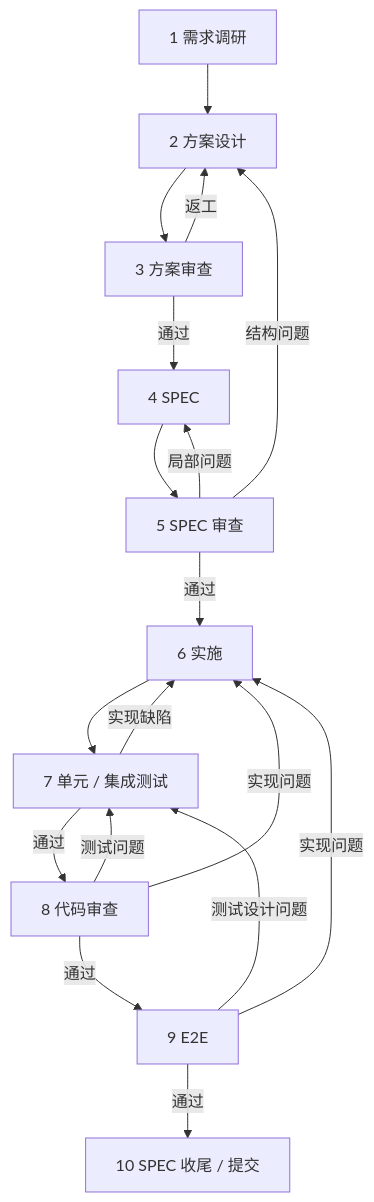
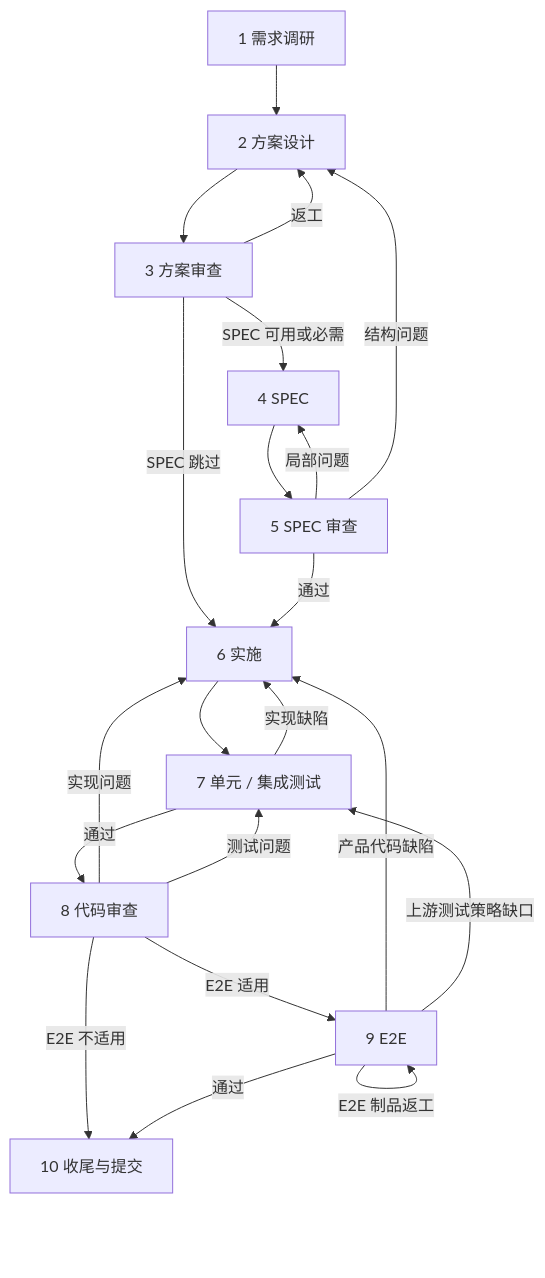
The second of 3 diagrams in README.md (liyangink/team-work-runtime), drawn with Mermaid before and after one commit. The commit also changed other lines of this file and 39 other files, not shown here.

````diff
--- a/README.md
+++ b/README.md
@@ -136,20 +139,23 @@
 ```mermaid
 flowchart TB
   R["1 需求调研"] --> D["2 方案设计"]
   D --> DR["3 方案审查"]
   DR -- "返工" --> D
-  DR -- "通过" --> S["4 SPEC"]
+  DR -- "SPEC 可用或必需" --> S["4 SPEC"]
+  DR -- "SPEC 跳过" --> I["6 实施"]
   S --> SR["5 SPEC 审查"]
   SR -- "局部问题" --> S
   SR -- "结构问题" --> D
-  SR -- "通过" --> I["6 实施"]
+  SR -- "通过" --> I
   I --> T["7 单元 / 集成测试"]
   T -- "实现缺陷" --> I
   T -- "通过" --> CR["8 代码审查"]
   CR -- "实现问题" --> I
   CR -- "测试问题" --> T
-  CR -- "通过" --> E["9 E2E"]
-  E -- "实现问题" --> I
-  E -- "测试设计问题" --> T
-  E -- "通过" --> F["10 SPEC 收尾 / 提交"]
+  CR -- "E2E 不适用" --> F["10 收尾与提交"]
+  CR -- "E2E 适用" --> E["9 E2E"]
+  E -- "E2E 制品返工" --> E
+  E -- "产品代码缺陷" --> I
+  E -- "上游测试策略缺口" --> T
+  E -- "通过" --> F
 ```
````
